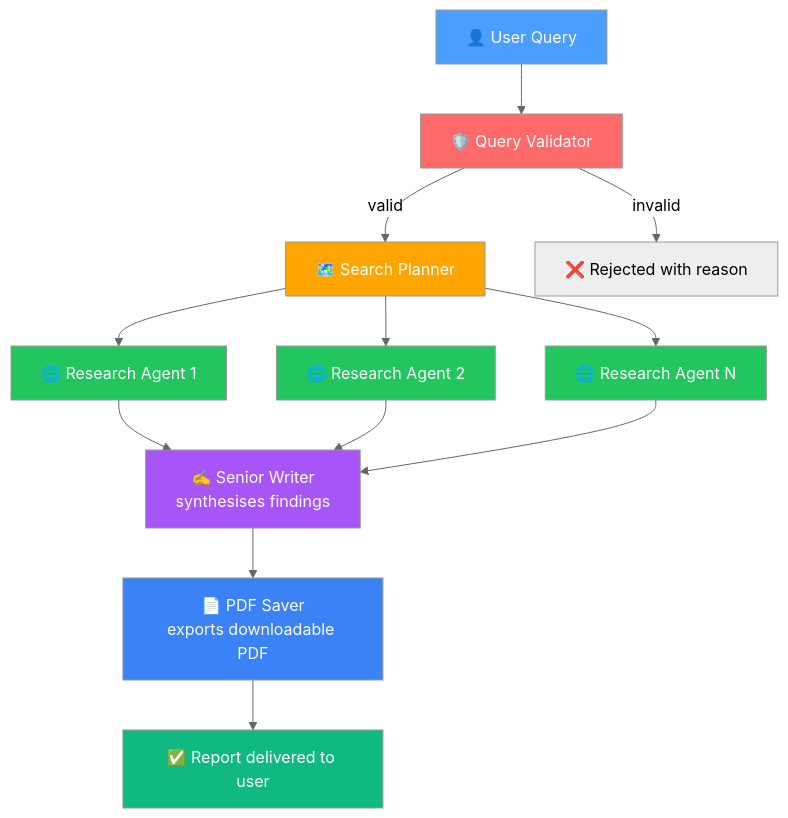
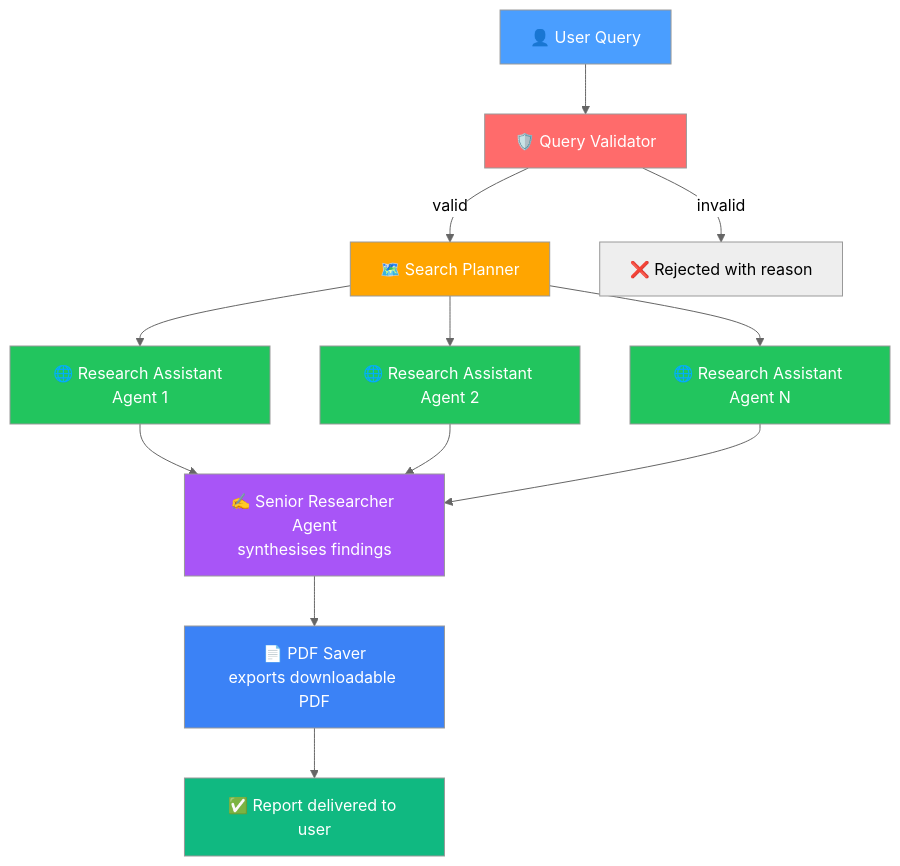
The diagram in README.md (yasinemirkutlu44/LLM-Orchestrated-Agentic-AI-Researcher), drawn with Mermaid (neutral theme) before and after one commit.

Commit message:
Rename Research Agents to Research Assistant Agents

````diff
--- a/README.md
+++ b/README.md
@@ -41,24 +41,24 @@
 ```mermaid
 flowchart TD
     A[👤 User Query] --> B[🛡️ Query Validator]
     B -->|valid| C[🗺️ Search Planner]
     B -->|invalid| X[❌ Rejected with reason]
-    C --> D1[🌐 Research Agent 1]
-    C --> D2[🌐 Research Agent 2]
-    C --> D3[🌐 Research Agent N]
-    D1 --> E[✍️ Senior Writer<br/>synthesises findings]
+    C --> D1[🌐 Research Assistant Agent 1]
+    C --> D2[🌐 Research Assistant Agent 2]
+    C --> D3[🌐 Research Assistant Agent N]
+    D1 --> E[✍️ Senior Researcher Agent<br/>synthesises findings]
     D2 --> E
     D3 --> E
     E --> F[📄 PDF Saver<br/>exports downloadable PDF]
     F --> G[✅ Report delivered to user]
 
     style A fill:#4a9eff,color:#fff
     style B fill:#ff6b6b,color:#fff
     style C fill:#ffa500,color:#fff
     style D1 fill:#22c55e,color:#fff
     style D2 fill:#22c55e,color:#fff
     style D3 fill:#22c55e,color:#fff
     style E fill:#a855f7,color:#fff
     style F fill:#3b82f6,color:#fff
     style G fill:#10b981,color:#fff
 ```
````
